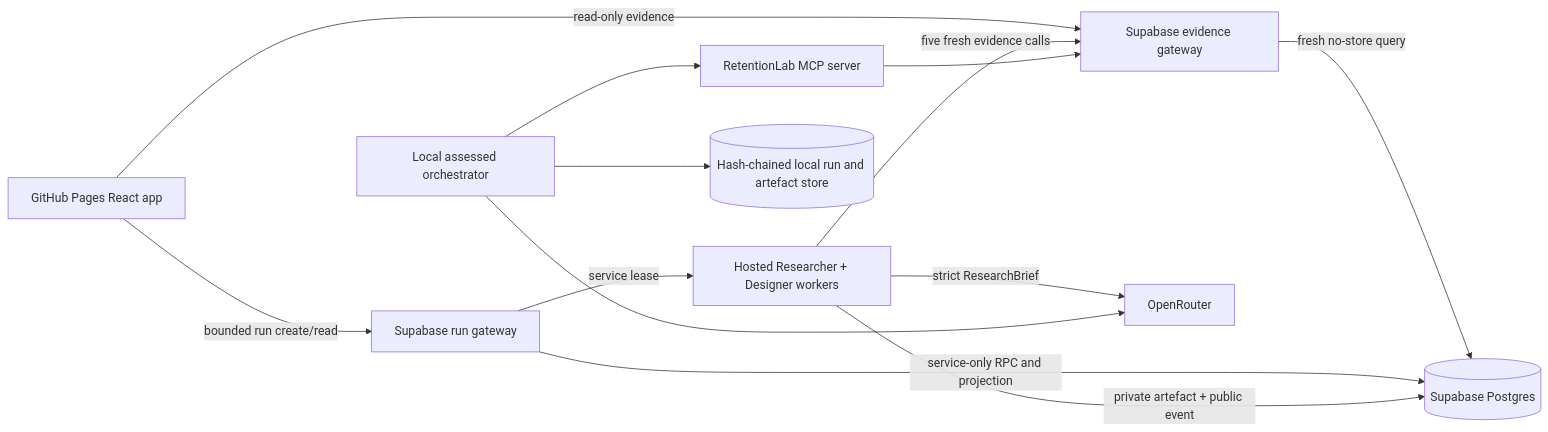
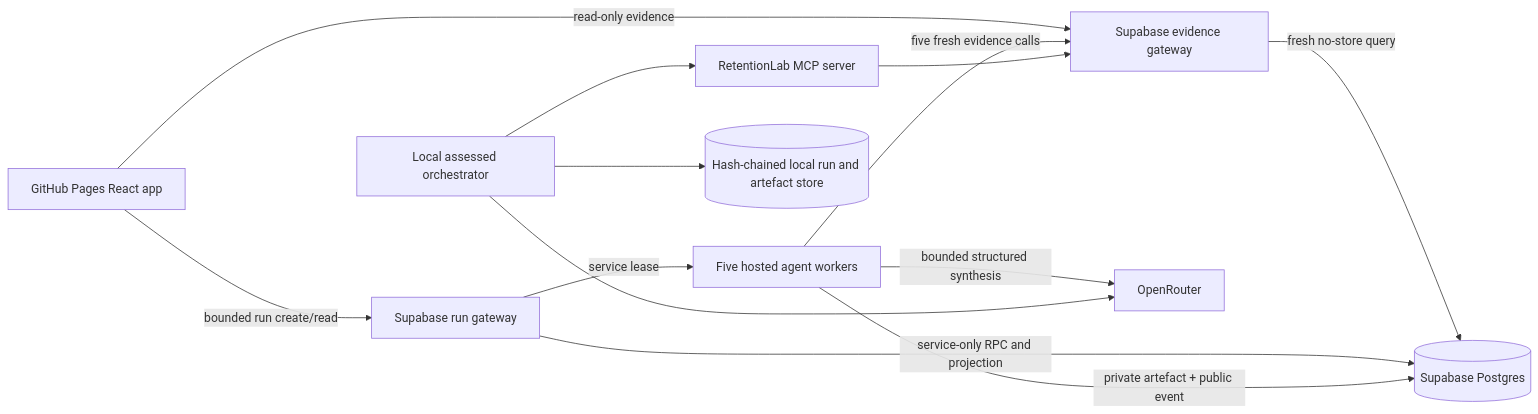
One commit to Dnyanesh1999/retentionlab-agentic-organisation changed the diagram in docs/architecture.md. Above: the diagram before and after it, drawn with Mermaid. The commit also changed other lines of this file and 17 other files, not shown here.

Commit message:
Complete hosted five-agent pipeline (#7)

````diff
--- a/docs/architecture.md
+++ b/docs/architecture.md
@@ -12,15 +12,15 @@
 ```mermaid
 flowchart LR
     A[GitHub Pages React app] -->|read-only evidence| H[Supabase evidence gateway]
     A -->|bounded run create/read| R[Supabase run gateway]
     H -->|fresh no-store query| F[(Supabase Postgres)]
     R -->|service-only RPC and projection| F
-    R -->|service lease| W[Hosted Researcher + Designer workers]
+    R -->|service lease| W[Five hosted agent workers]
     W -->|five fresh evidence calls| H
-    W -->|strict ResearchBrief| D[OpenRouter]
+    W -->|bounded structured synthesis| D[OpenRouter]
     W -->|private artefact + public event| F
     C[Local assessed orchestrator] --> D
     C --> E[RetentionLab MCP server]
     E --> H
     C --> G[(Hash-chained local run and artefact store)]
 ```
````
